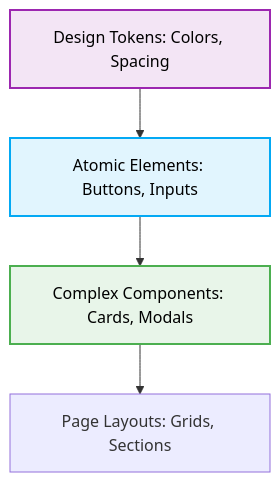
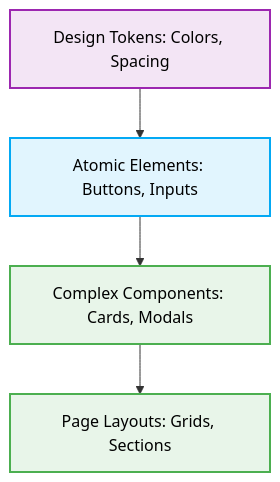
One commit to beginwebdev2002/best-practise changed the diagram in .jules/rules/design.md. Above: the diagram before and after it, drawn with Mermaid. The commit also changed 20 other files, not shown here.

First line of the commit message:
docs: update mermaid diagrams with UI/UX design tokens styling

````diff
--- a/.jules/rules/design.md
+++ b/.jules/rules/design.md
@@ -30,10 +30,17 @@
 ```mermaid
 graph TD
     Tokens[Design Tokens: Colors, Spacing] --> Elements[Atomic Elements: Buttons, Inputs]
     Elements --> Components[Complex Components: Cards, Modals]
     Components --> Layouts[Page Layouts: Grids, Sections]
     
     style Tokens fill:#f3e5f5,stroke:#9c27b0,stroke-width:2px,color:#000
     style Elements fill:#e1f5fe,stroke:#03a9f4,stroke-width:2px,color:#000
     style Components fill:#e8f5e9,stroke:#4caf50,stroke-width:2px,color:#000
+    %% Added Design Token Styles for Mermaid Diagrams
+    classDef default fill:#e1f5fe,stroke:#03a9f4,stroke-width:2px,color:#000;
+    classDef component fill:#e8f5e9,stroke:#4caf50,stroke-width:2px,color:#000;
+    classDef layout fill:#f3e5f5,stroke:#9c27b0,stroke-width:2px,color:#000;
+
+    class Layouts component;
+
 ```
````
